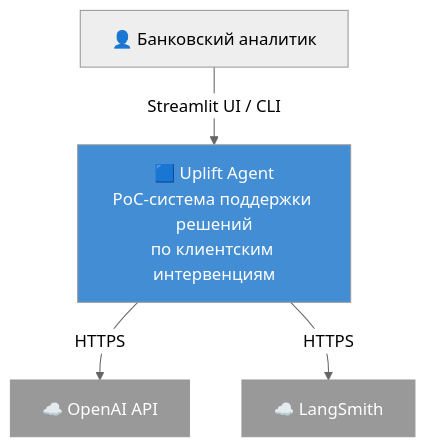
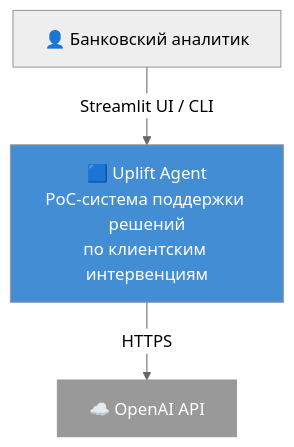
The diagram in docs/diagrams/c4-context.md (alllyuk/uplift-agent), drawn with Mermaid (neutral theme) before and after one commit. The commit also changed other lines of this file and 14 other files, not shown here.

````diff
--- a/docs/diagrams/c4-context.md
+++ b/docs/diagrams/c4-context.md
@@ -5,17 +5,14 @@
 ```mermaid
 flowchart TB
     analyst["👤 Банковский аналитик"]
 
     uplift["🟦 Uplift Agent\nPoC-система поддержки решений\nпо клиентским интервенциям"]
 
     openai["☁️ OpenAI API"]
-    langsmith["☁️ LangSmith"]
 
     analyst -- "Streamlit UI / CLI" --> uplift
     uplift -- "HTTPS" --> openai
-    uplift -- "HTTPS" --> langsmith
 
     style uplift fill:#438DD5,color:#fff
     style openai fill:#999,color:#fff
-    style langsmith fill:#999,color:#fff
 ```
````
